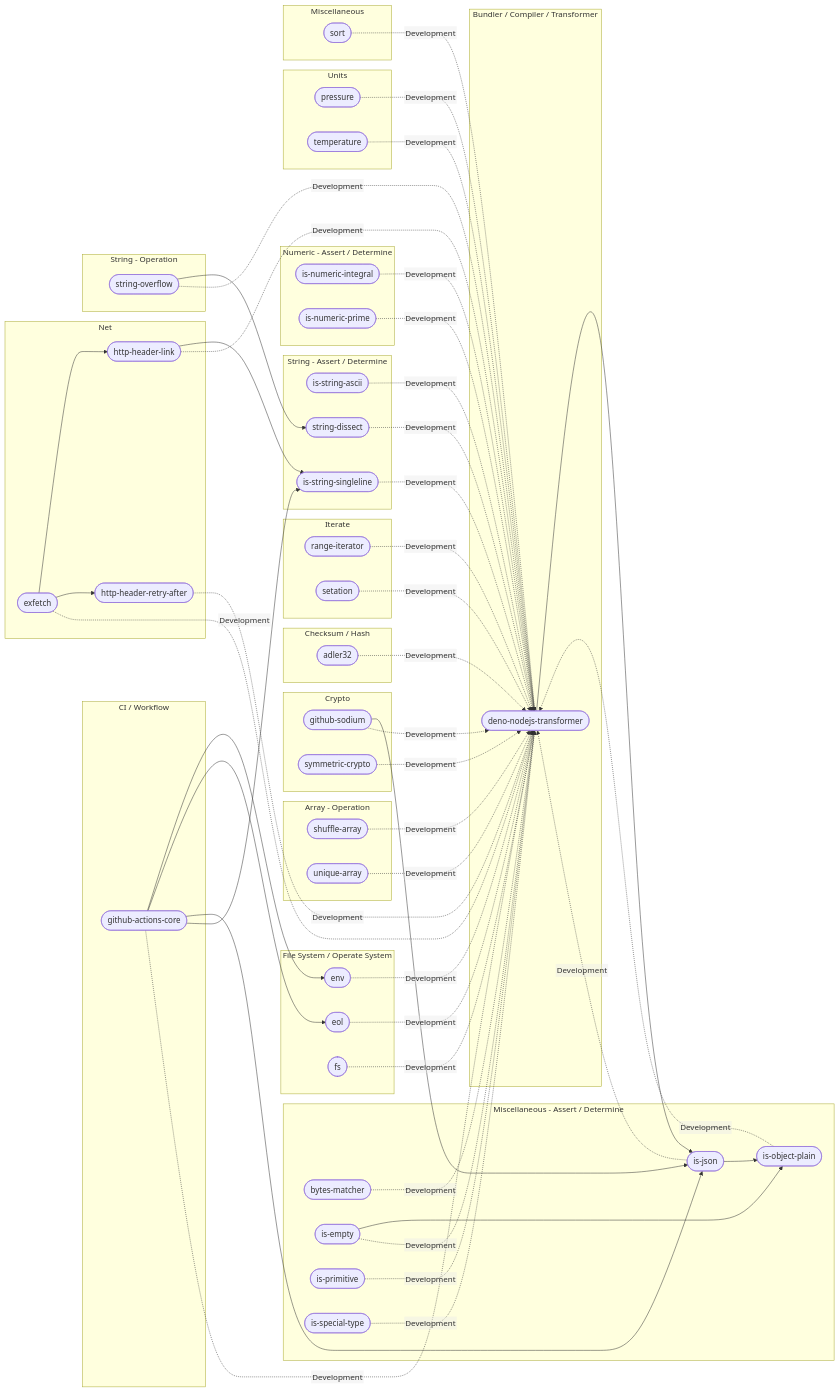
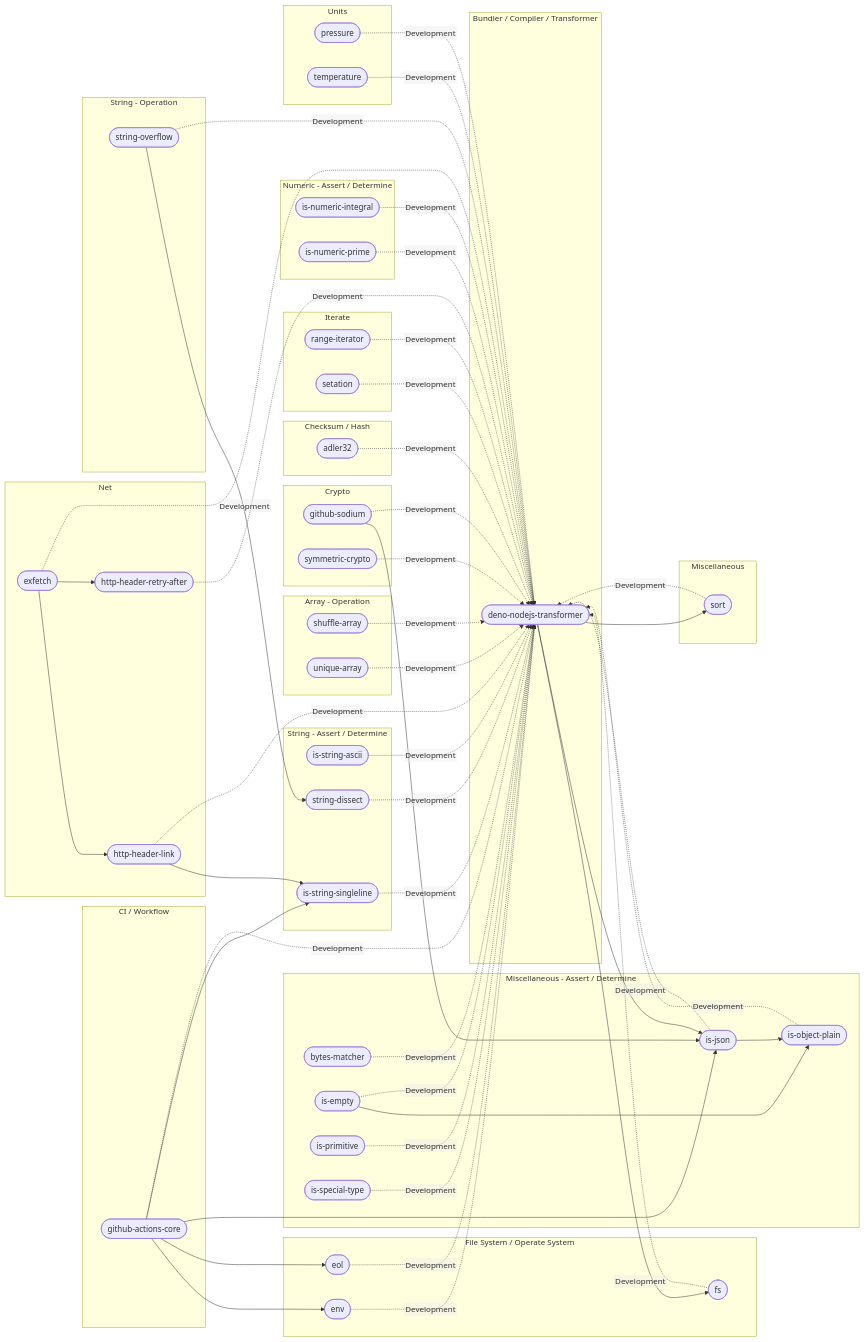
One commit to hugoalh/hugoalh changed the diagram in assets/es-dependencies-graph.md. Above: the diagram before and after it, drawn with Mermaid. The commit also changed other lines of this file, not shown here.

Commit message:
Update ES dependencies graph

```diff
--- a/assets/es-dependencies-graph.md
+++ b/assets/es-dependencies-graph.md
@@ -82,7 +82,9 @@
     sort(["sort"])
   end
 
+  deno-nodejs-transformer --> fs
   deno-nodejs-transformer --> is-json
+  deno-nodejs-transformer --> sort
   exfetch --> http-header-link
   exfetch --> http-header-retry-after
   github-actions-core --> env
```
